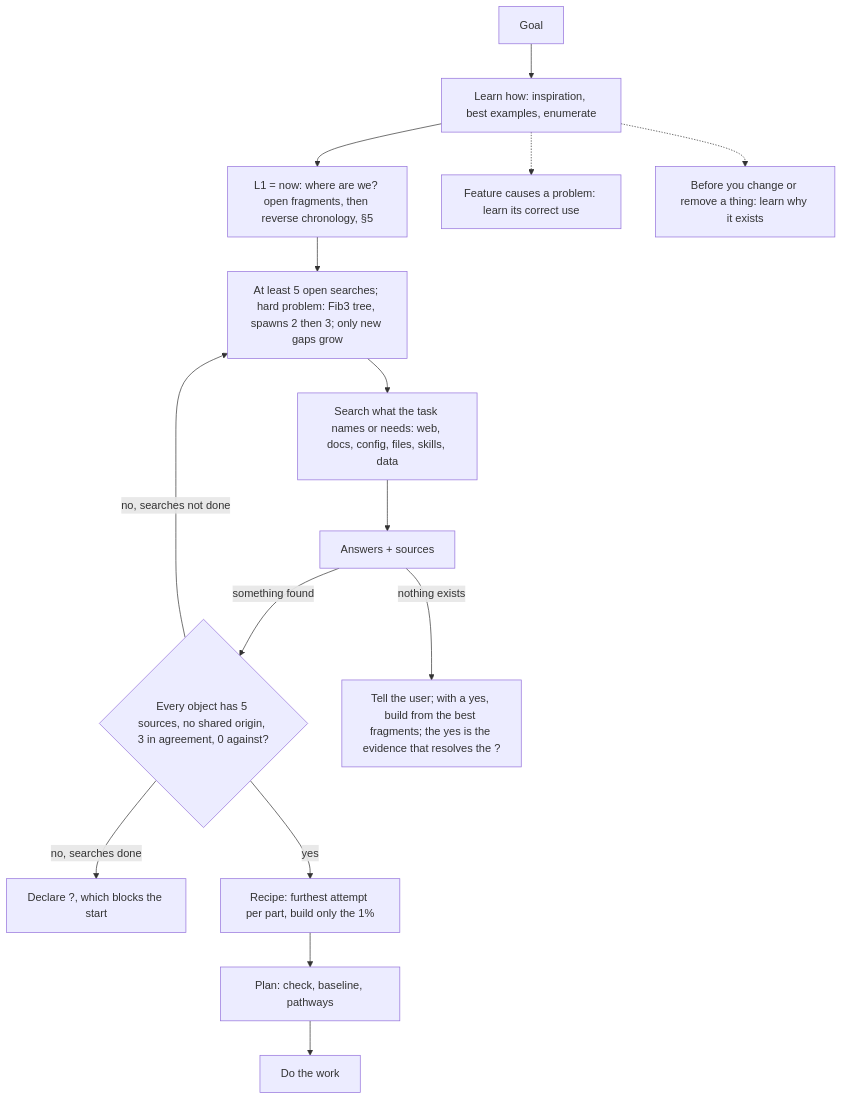
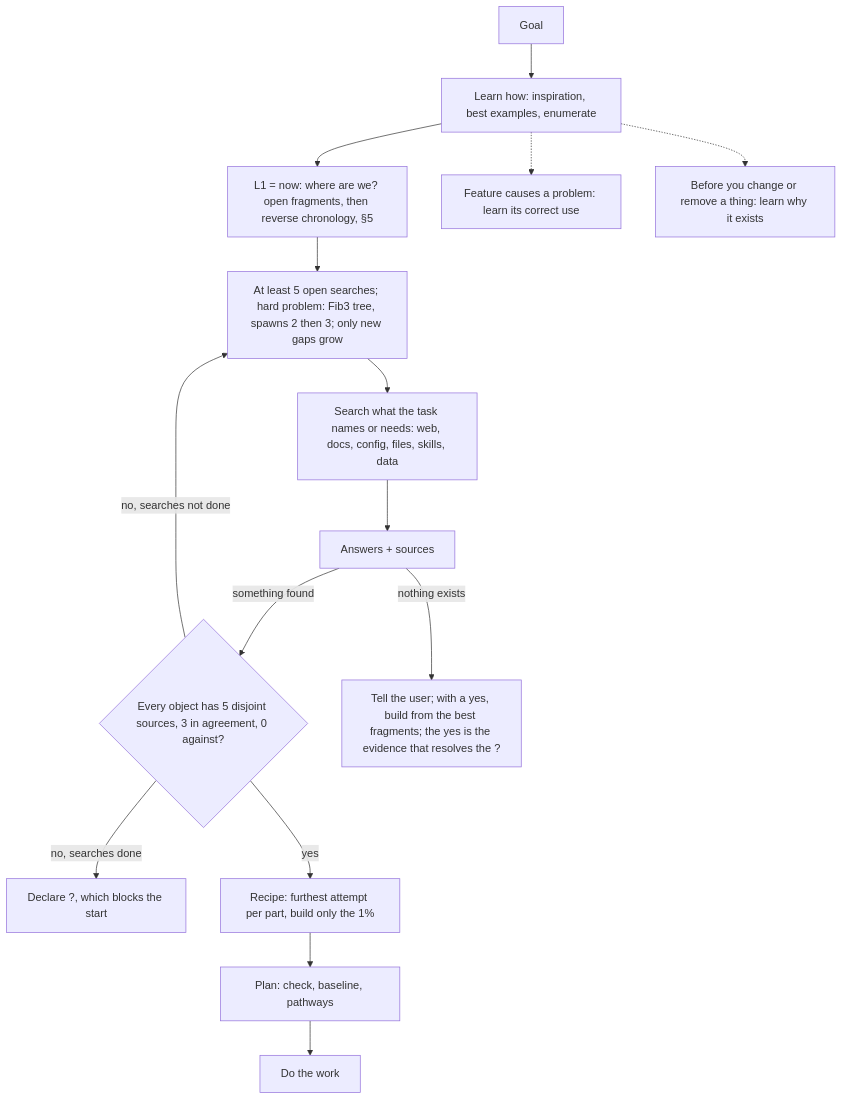
The fourth of 14 diagrams in AGENTS.md (SolenixAI/arbiter), drawn with Mermaid before and after one commit. The commit also changed other lines of this file, not shown here.

````diff
--- a/AGENTS.md
+++ b/AGENTS.md
@@ -193,11 +194,11 @@
 ```mermaid
 flowchart TD
   G[Goal] --> L[Learn how: inspiration, best examples, enumerate] --> F1["L1 = now: where are we? open fragments, then reverse chronology, §5"] --> Q["At least 5 open searches; hard problem: Fib3 tree, spawns 2 then 3; only new gaps grow"] --> S[Search what the task names or needs: web, docs, config, files, skills, data]
-  S --> A[Answers + sources] -->|something found| N{Every object has 5 sources, no shared origin, 3 in agreement, 0 against?}
+  S --> A[Answers + sources] -->|something found| N{Every object has 5 disjoint sources, 3 in agreement, 0 against?}
   N -->|no, searches not done| Q
   N -->|no, searches done| X3["Declare ?, which blocks the start"]
   N -->|yes| R[Recipe: furthest attempt per part, build only the 1%] --> P[Plan: check, baseline, pathways] --> B[Do the work]
   A -->|nothing exists| U["Tell the user; with a yes, build from the best fragments; the yes is the evidence that resolves the ?"]
   L -.-> NB[Feature causes a problem: learn its correct use]
   L -.-> CF[Before you change or remove a thing: learn why it exists]
 ```
````
